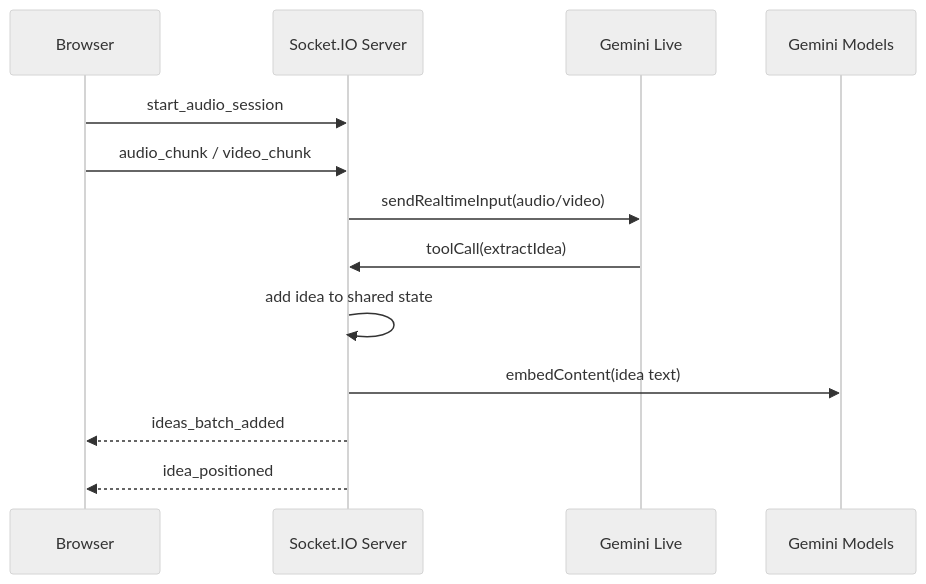
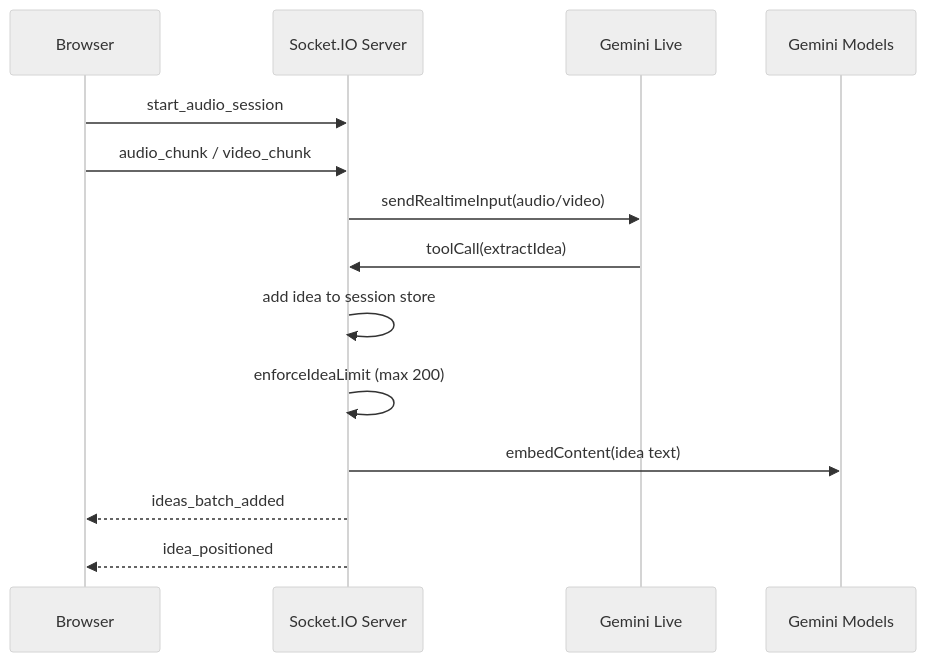
The third of 5 diagrams in docs/architecture.md (keshavdalmia10/the_cognitive_swarm), drawn with Mermaid (neutral theme) before and after one commit. The commit also changed other lines of this file, not shown here.

First line of the commit message:
Update architecture docs to reflect current codebase

````diff
--- a/docs/architecture.md
+++ b/docs/architecture.md
@@ -210,16 +314,17 @@
 ```mermaid
 sequenceDiagram
     participant B as Browser
     participant S as Socket.IO Server
     participant L as Gemini Live
     participant G as Gemini Models
 
     B->>S: start_audio_session
     B->>S: audio_chunk / video_chunk
     S->>L: sendRealtimeInput(audio/video)
     L->>S: toolCall(extractIdea)
-    S->>S: add idea to shared state
+    S->>S: add idea to session store
+    S->>S: enforceIdeaLimit (max 200)
     S->>G: embedContent(idea text)
     S-->>B: ideas_batch_added
     S-->>B: idea_positioned
 ```
````
